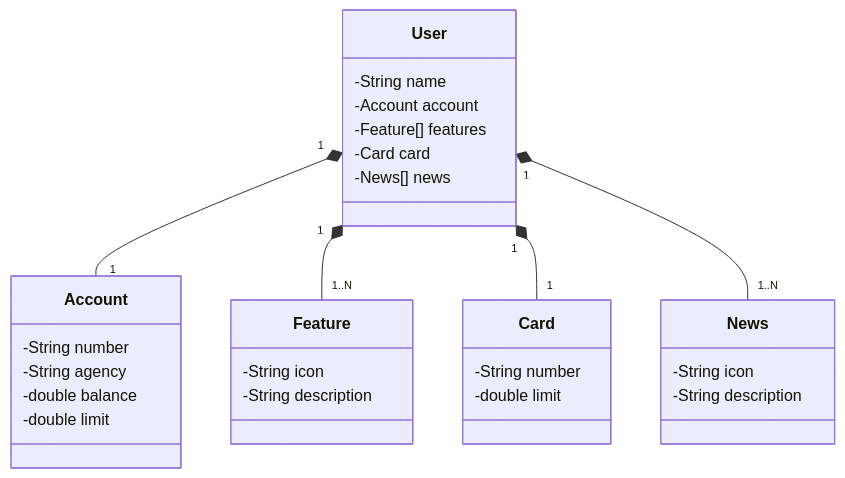
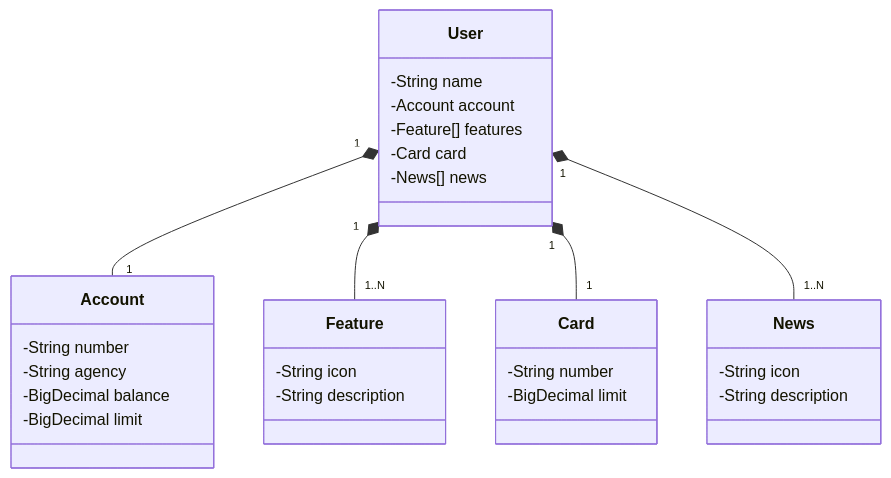
Before and after one commit to GustavoSutanaLima/estudo-api-restful-na-nuvem: the first of 2 diagrams in src/main/Diagrama de Classes.md, drawn with Mermaid. The commit also changed 9 other files, not shown here.

````diff
--- a/src/main/Diagrama de Classes.md
+++ b/src/main/Diagrama de Classes.md
@@ -4,38 +4,38 @@
 ```mermaid
 classDiagram
     class User {
         -String name
         -Account account
         -Feature[] features
         -Card card
         -News[] news
     }
 
     class Account {
         -String number
         -String agency
-        -double balance
-        -double limit
+        -BigDecimal balance
+        -BigDecimal limit
     }
 
     class Feature {
         -String icon
         -String description
     }
 
     class Card {
         -String number
-        -double limit
+        -BigDecimal limit
     }
 
     class News {
         -String icon
         -String description
     }
 
     User "1" *-- "1" Account
     User "1" *-- "1..N" Feature
     User "1" *-- "1" Card
     User "1" *-- "1..N" News
 
 ```
````
